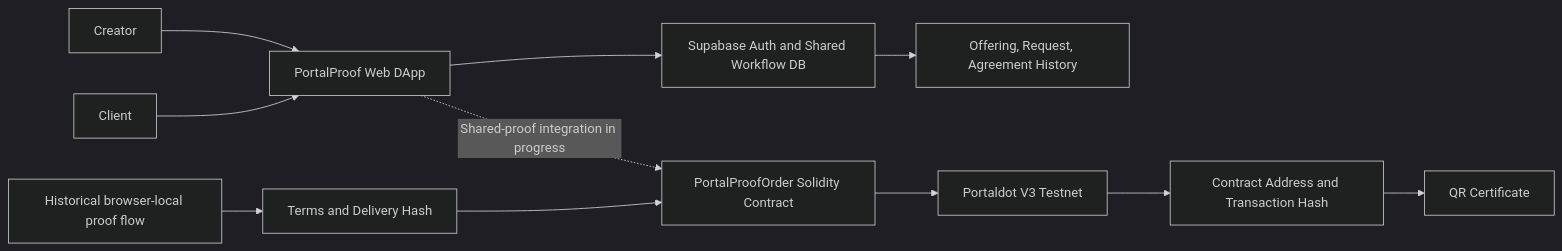
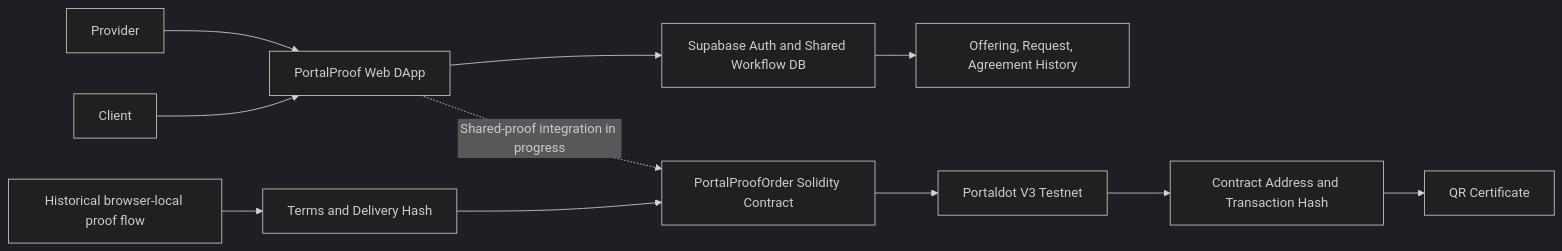
Before and after one commit to nato-san/PortalProof: the first of 2 diagrams in README.md, drawn with Mermaid (dark theme). The commit also changed other lines of this file and 12 other files, not shown here.

````diff
--- a/README.md
+++ b/README.md
@@ -100,13 +100,13 @@
 ```mermaid
 flowchart LR
-  Creator[Creator] --> DApp[PortalProof Web DApp]
+  Creator[Provider] --> DApp[PortalProof Web DApp]
   Client[Client] --> DApp
   DApp --> Shared[Supabase Auth and Shared Workflow DB]
   Shared --> Jobs[Offering, Request, Agreement History]
   DApp -. Shared-proof integration in progress .-> Contract[PortalProofOrder Solidity Contract]
   Historical[Historical browser-local proof flow] --> Hash[Terms and Delivery Hash]
   Hash --> Contract
   Contract --> V3[Portaldot V3 Testnet]
   V3 --> Evidence[Contract Address and Transaction Hash]
   Evidence --> Cert[QR Certificate]
 ```
````
